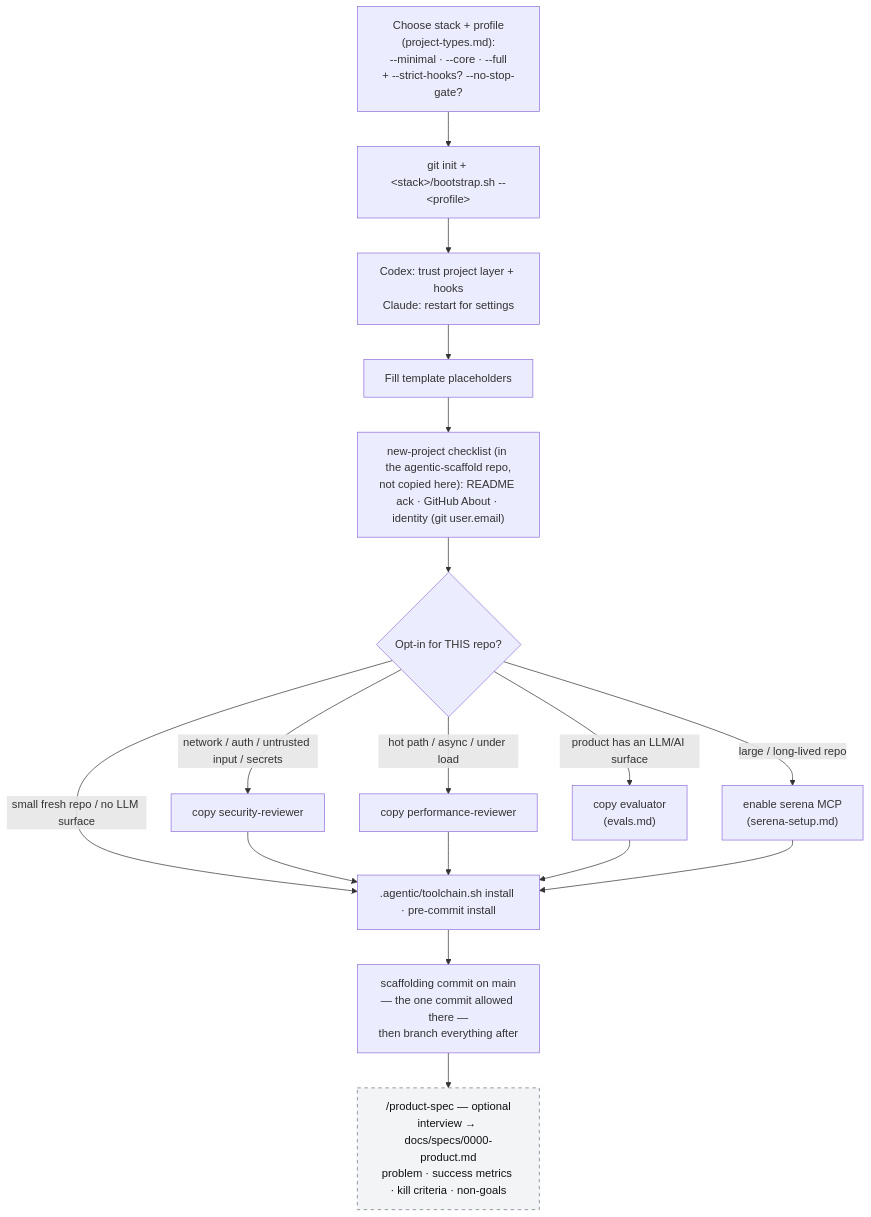
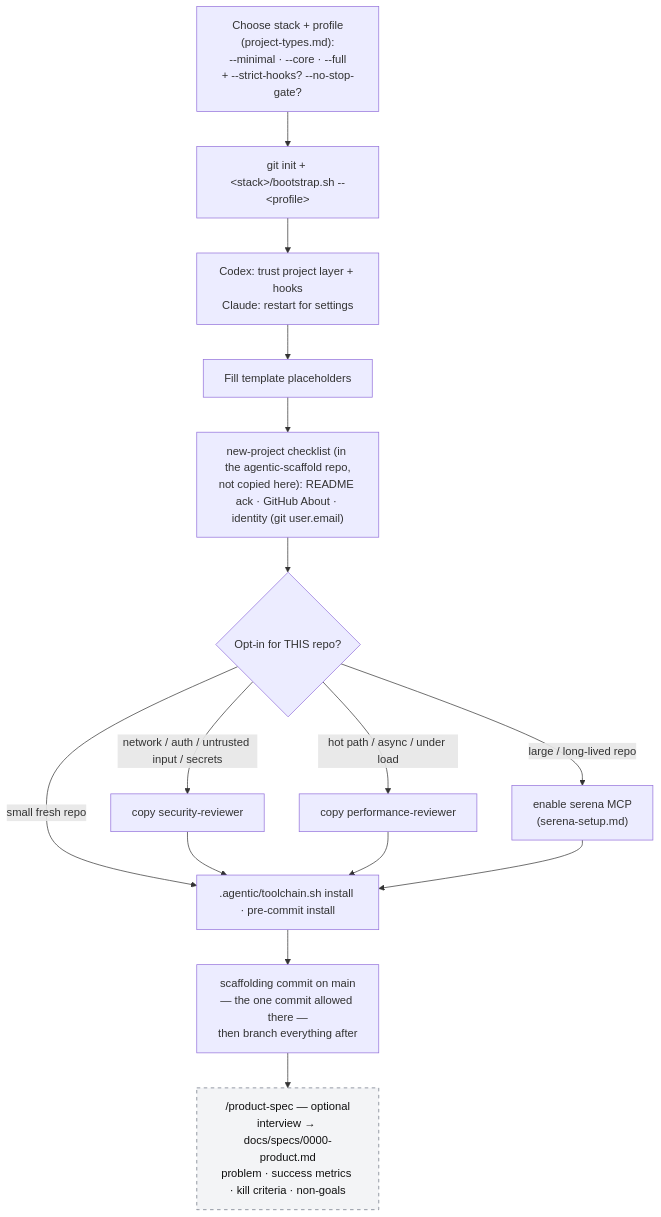
One commit to bbirkinbine/agentic-scaffold changed the second of 6 diagrams in workflow/docs/workflow-diagram.md. Above: the diagram before and after it, drawn with Mermaid. The commit also changed other lines of this file and 76 other files, not shown here.

````diff
--- a/workflow/docs/workflow-diagram.md
+++ b/workflow/docs/workflow-diagram.md
@@ -73,22 +73,20 @@
 ```mermaid
 flowchart TD
     A0["Choose stack + profile<br/>(project-types.md):<br/>--minimal · --core · --full<br/>+ --strict-hooks? --no-stop-gate?"] --> A["git init + &lt;stack&gt;/bootstrap.sh --&lt;profile&gt;"]
     A --> A1["Codex: trust project layer + hooks<br/>Claude: restart for settings"]
     A1 --> B["Fill template placeholders"]
     B --> C["new-project checklist (in the agentic-scaffold repo,<br/>not copied here): README ack · GitHub About · identity (git user.email)"]
     C --> D{"Opt-in for THIS repo?"}
     D -->|"network / auth / untrusted input / secrets"| D1["copy security-reviewer"]
     D -->|"hot path / async / under load"| D2["copy performance-reviewer"]
-    D -->|"product has an LLM/AI surface"| D4["copy evaluator<br/>(evals.md)"]
     D -->|"large / long-lived repo"| D3["enable serena MCP<br/>(serena-setup.md)"]
-    D -->|"small fresh repo / no LLM surface"| E
+    D -->|"small fresh repo"| E
     D1 --> E
     D2 --> E
-    D4 --> E
     D3 --> E
     E[".agentic/toolchain.sh install · pre-commit install"] --> F["scaffolding commit on main<br/>— the one commit allowed there —<br/>then branch everything after"]
     F --> G["/product-spec — optional<br/>interview → docs/specs/0000-product.md<br/>problem · success metrics · kill criteria · non-goals"]
 
     classDef optional fill:#f3f4f6,stroke:#6b7280,color:#111,stroke-dasharray: 5 5;
     class G optional;
 ```
````
